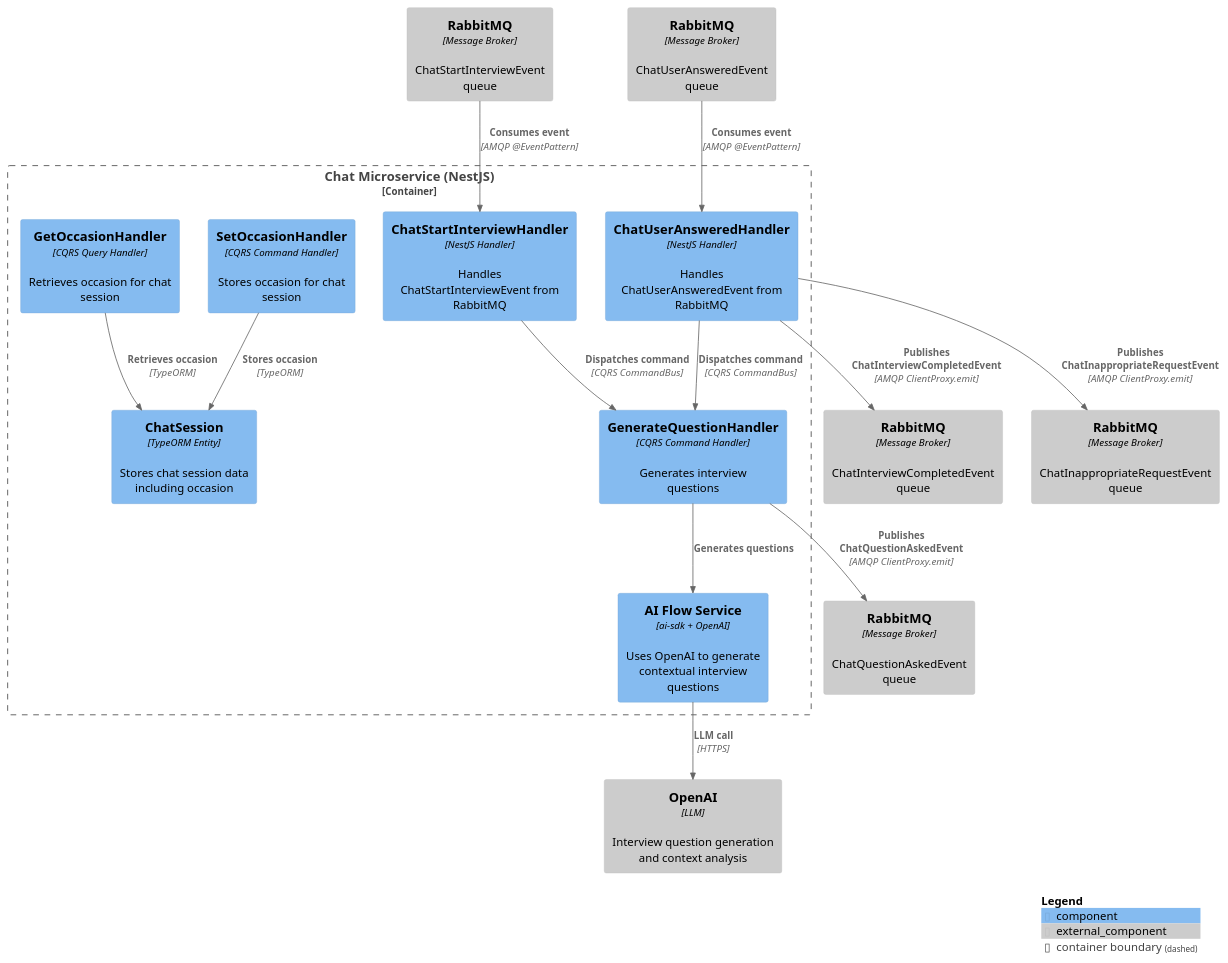
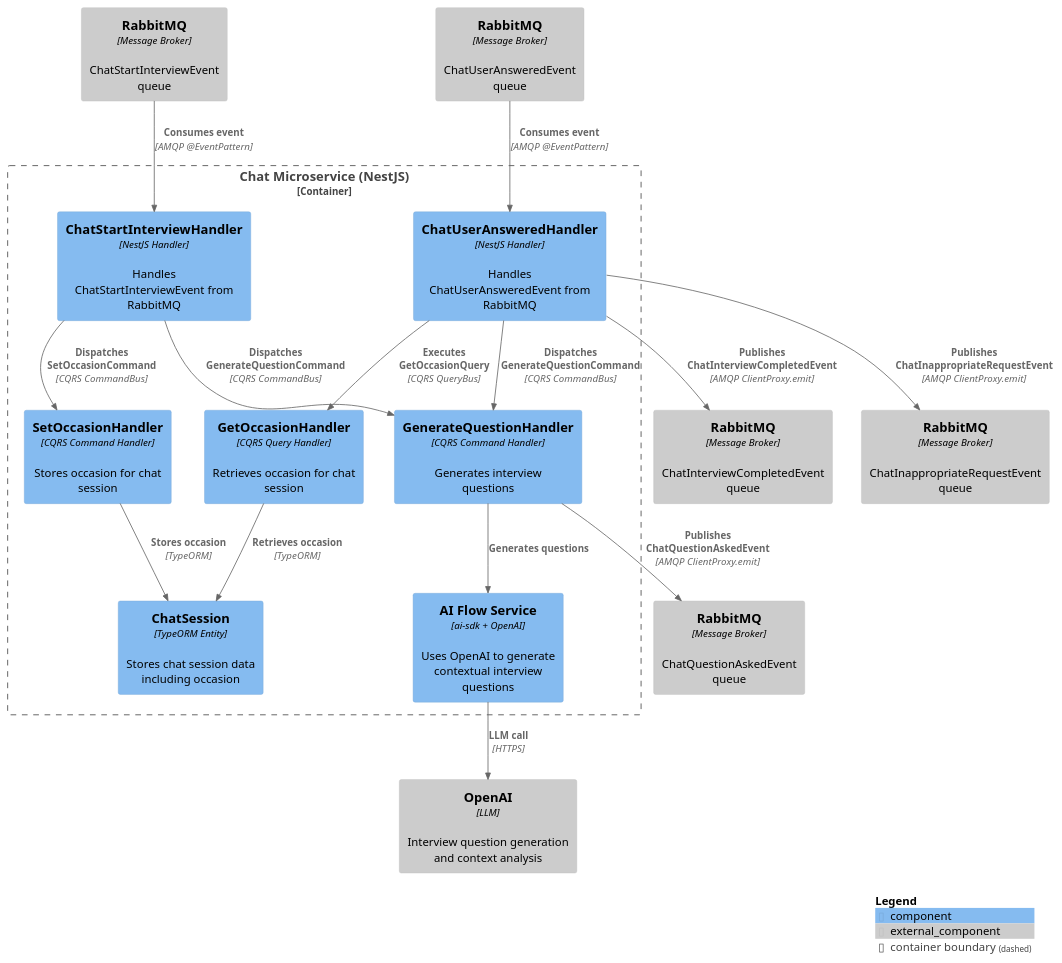
Before and after one commit to Generacja-Cuzi/ai-present-finder: the diagram in docs/C4_v0.2.0/chat_component.puml, drawn with PlantUML. The commit also changed 1 other file, not shown here.

Commit message:
fix: show SetOccasion and GetOccasion handler invocations in chat component

```diff
--- a/docs/C4_v0.2.0/chat_component.puml
+++ b/docs/C4_v0.2.0/chat_component.puml
@@ -1,36 +1,37 @@
 @startuml C4_Component_Chat
 !include https://raw.githubusercontent.com/plantuml-stdlib/C4-PlantUML/master/C4_Component.puml
 
 Container_Boundary(chat, "Chat Microservice (NestJS)") {
   Component(start_handler, "ChatStartInterviewHandler", "NestJS Handler", "Handles ChatStartInterviewEvent from RabbitMQ")
   Component(answer_handler, "ChatUserAnsweredHandler", "NestJS Handler", "Handles ChatUserAnsweredEvent from RabbitMQ")
   Component(question_handler, "GenerateQuestionHandler", "CQRS Command Handler", "Generates interview questions")
   Component(set_occasion_handler, "SetOccasionHandler", "CQRS Command Handler", "Stores occasion for chat session")
   Component(get_occasion_handler, "GetOccasionHandler", "CQRS Query Handler", "Retrieves occasion for chat session")
   Component(ai_flow, "AI Flow Service", "ai-sdk + OpenAI", "Uses OpenAI to generate contextual interview questions")
   Component(chat_session_db, "ChatSession", "TypeORM Entity", "Stores chat session data including occasion")
 }
 
 Component_Ext(rabbitmq_in_start, "RabbitMQ", "Message Broker", "ChatStartInterviewEvent queue")
 Component_Ext(rabbitmq_in_answer, "RabbitMQ", "Message Broker", "ChatUserAnsweredEvent queue")
 Component_Ext(rabbitmq_out_question, "RabbitMQ", "Message Broker", "ChatQuestionAskedEvent queue")
 Component_Ext(rabbitmq_out_completed, "RabbitMQ", "Message Broker", "ChatInterviewCompletedEvent queue")
 Component_Ext(rabbitmq_out_inappropriate, "RabbitMQ", "Message Broker", "ChatInappropriateRequestEvent queue")
 Component_Ext(openai, "OpenAI", "LLM", "Interview question generation and context analysis")
 
 Rel(rabbitmq_in_start, start_handler, "Consumes event", "AMQP @EventPattern")
-Rel(start_handler, question_handler, "Dispatches command", "CQRS CommandBus")
+Rel(start_handler, set_occasion_handler, "Dispatches SetOccasionCommand", "CQRS CommandBus")
+Rel(set_occasion_handler, chat_session_db, "Stores occasion", "TypeORM")
+Rel(start_handler, question_handler, "Dispatches GenerateQuestionCommand", "CQRS CommandBus")
 Rel(question_handler, ai_flow, "Generates questions")
 Rel(ai_flow, openai, "LLM call", "HTTPS")
 Rel(question_handler, rabbitmq_out_question, "Publishes ChatQuestionAskedEvent", "AMQP ClientProxy.emit")
 
 Rel(rabbitmq_in_answer, answer_handler, "Consumes event", "AMQP @EventPattern")
-Rel(answer_handler, question_handler, "Dispatches command", "CQRS CommandBus")
+Rel(answer_handler, get_occasion_handler, "Executes GetOccasionQuery", "CQRS QueryBus")
+Rel(get_occasion_handler, chat_session_db, "Retrieves occasion", "TypeORM")
+Rel(answer_handler, question_handler, "Dispatches GenerateQuestionCommand", "CQRS CommandBus")
 Rel(answer_handler, rabbitmq_out_completed, "Publishes ChatInterviewCompletedEvent", "AMQP ClientProxy.emit")
 Rel(answer_handler, rabbitmq_out_inappropriate, "Publishes ChatInappropriateRequestEvent", "AMQP ClientProxy.emit")
 
-Rel(set_occasion_handler, chat_session_db, "Stores occasion", "TypeORM")
-Rel(get_occasion_handler, chat_session_db, "Retrieves occasion", "TypeORM")
-
 SHOW_LEGEND()
 @enduml
```
